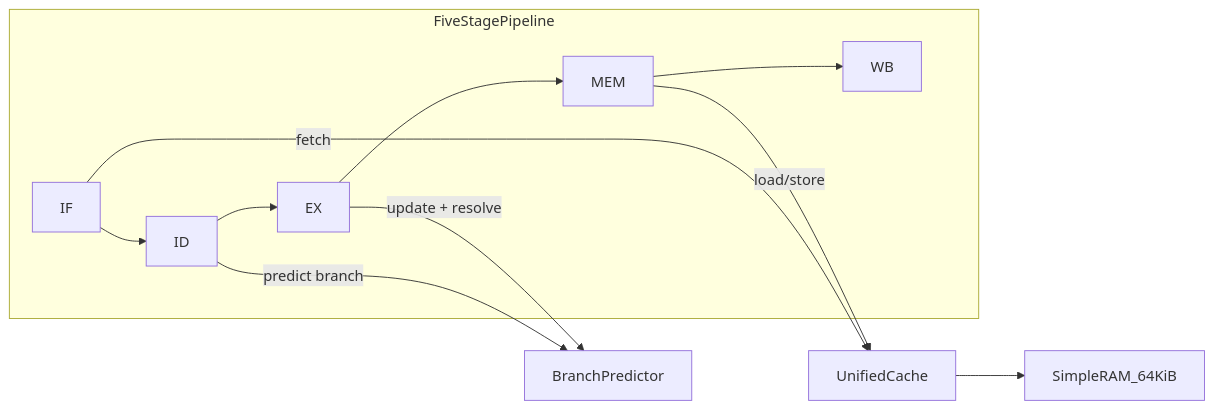
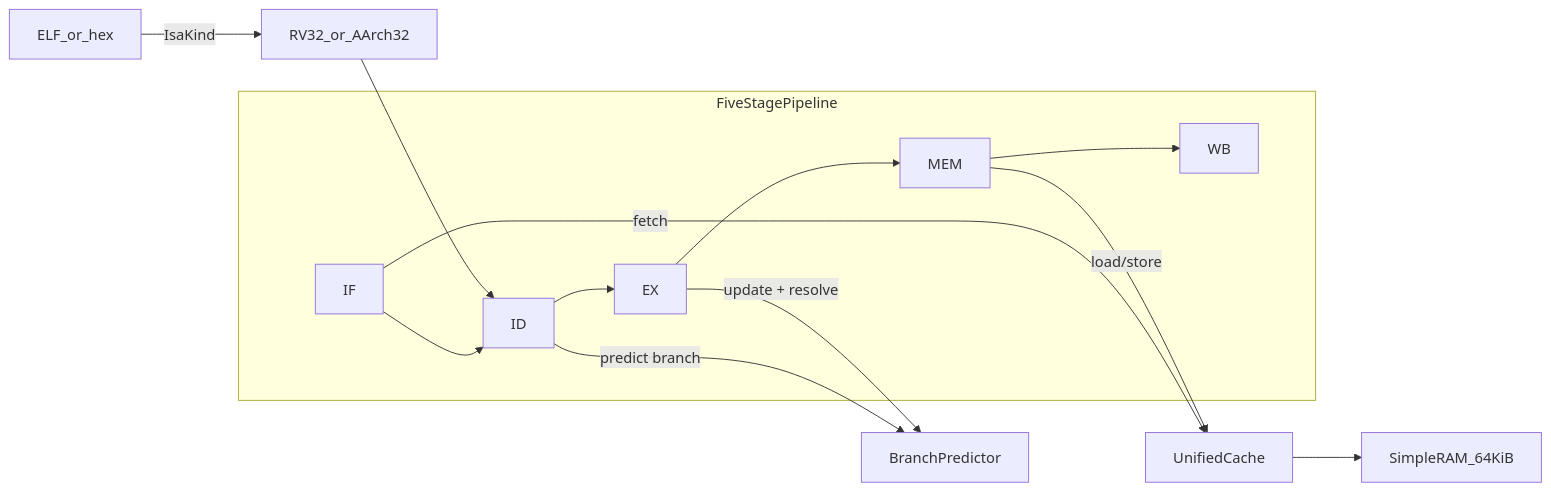
Before and after one commit to nishadelias/CPU_SIM: the diagram in INSTRUCTOR.md, drawn with Mermaid. The commit also changed other lines of this file and 44 other files, not shown here.

Commit message:
Added full ARM architecture with the same features as risc-v

````diff
--- a/INSTRUCTOR.md
+++ b/INSTRUCTOR.md
@@ -80,14 +86,16 @@
 ```mermaid
 flowchart LR
   subgraph pipeline [FiveStagePipeline]
     IF[IF] --> ID[ID]
     ID --> EX[EX]
     EX --> MEM[MEM]
     MEM --> WB[WB]
   end
   ID -->|"predict branch"| BP[BranchPredictor]
   EX -->|"update + resolve"| BP
   IF -->|"fetch"| Cache[UnifiedCache]
   MEM -->|"load/store"| Cache
   Cache --> RAM[SimpleRAM_64KiB]
+  ELF[ELF_or_hex] -->|"IsaKind"| ISA[RV32_or_AArch32]
+  ISA --> ID
 ```
````
